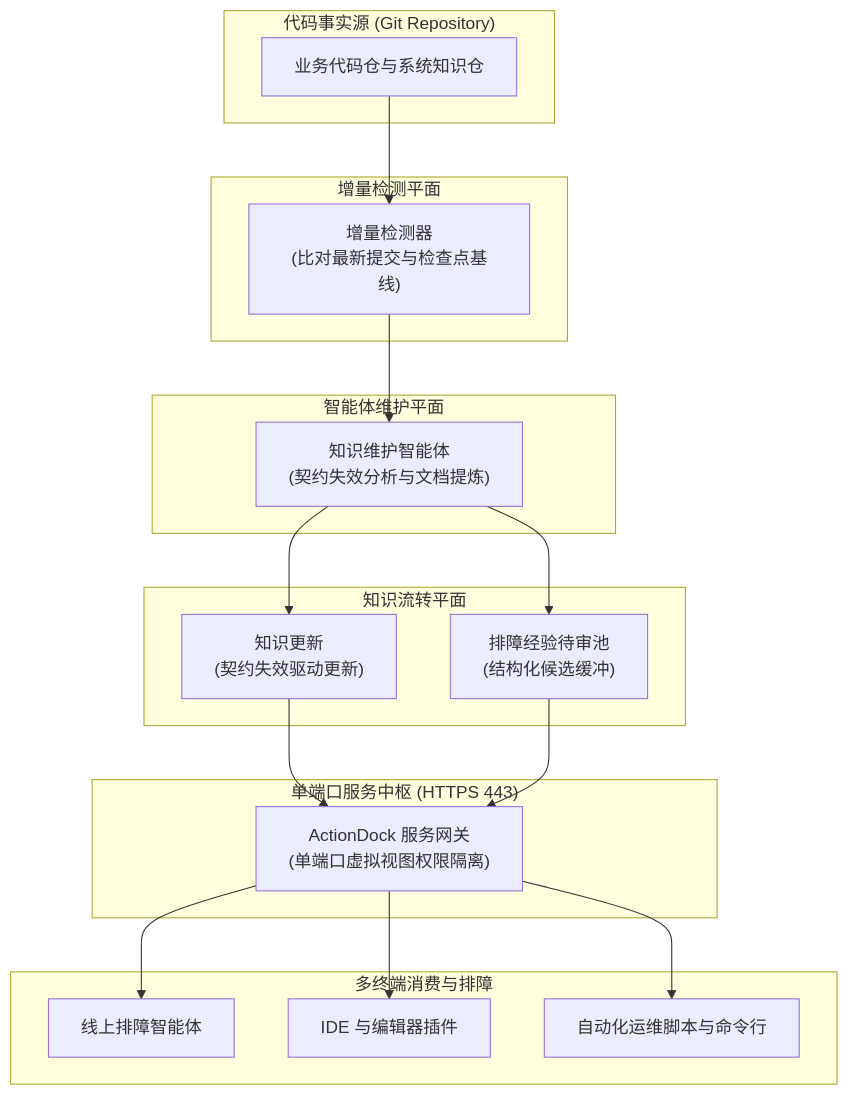
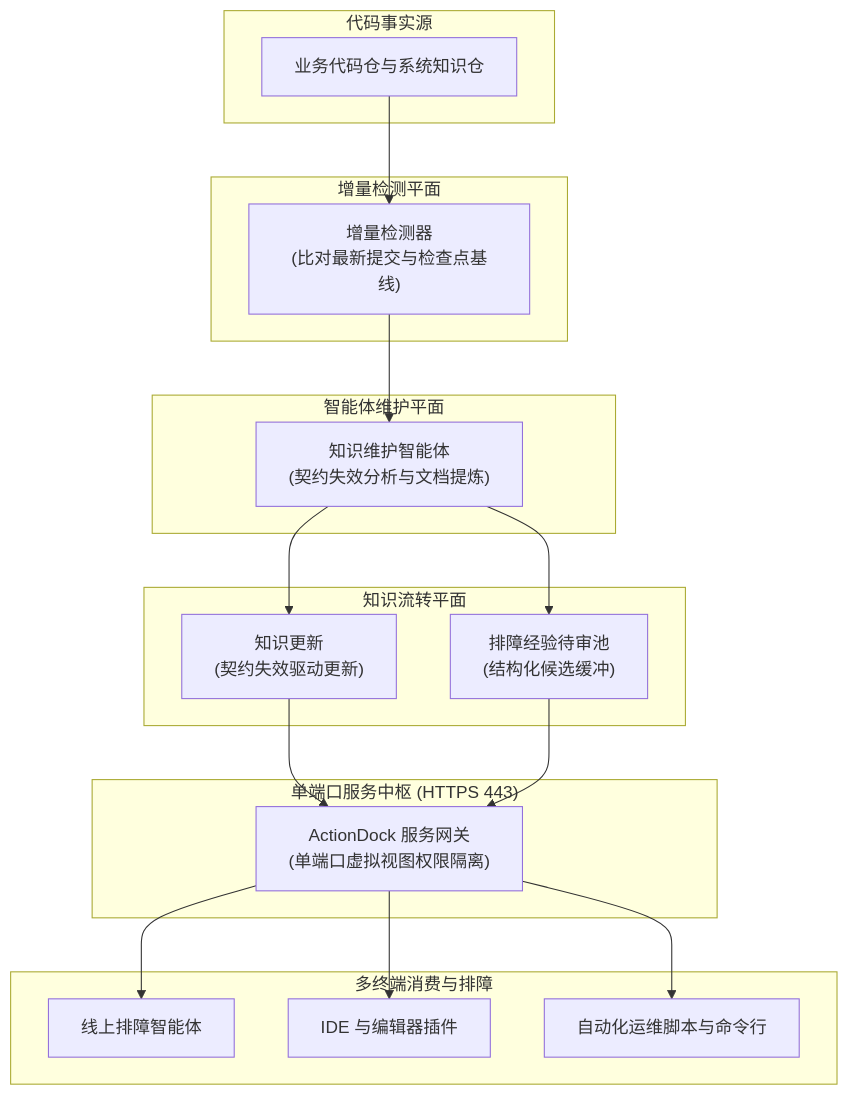
Before and after one commit to fjay/knowledge-dock: the second of 3 diagrams in docs/architecture.md, drawn with Mermaid. The commit also changed other lines of this file and 3 other files, not shown here.

````diff
--- a/docs/architecture.md
+++ b/docs/architecture.md
@@ -89,39 +86,39 @@
 ```mermaid
 flowchart TD
-    subgraph GitSource ["代码事实源 (Git Repository)"]
+    subgraph GitSource ["代码事实源"]
         Repo["业务代码仓与系统知识仓"]
     end
 
     subgraph DetectionPlane ["增量检测平面"]
         Detector["增量检测器<br/>(比对最新提交与检查点基线)"]
     end
 
     subgraph AgentPlane ["智能体维护平面"]
         Agent["知识维护智能体<br/>(契约失效分析与文档提炼)"]
     end
 
     subgraph KnowledgeHub ["知识流转平面"]
         Update["知识更新<br/>(契约失效驱动更新)"]
         Inbox["排障经验待审池<br/>(结构化候选缓冲)"]
     end
 
     subgraph ServiceEndpoint ["单端口服务中枢 (HTTPS 443)"]
         Service["ActionDock 服务网关<br/>(单端口虚拟视图权限隔离)"]
     end
 
     subgraph ConsumerPlane ["多终端消费与排障"]
         AgentConsumer["线上排障智能体"]
         IDEConsumer["IDE 与编辑器插件"]
         CLIConsumer["自动化运维脚本与命令行"]
     end
 
     Repo --> Detector
     Detector --> Agent
     Agent --> Update
     Agent --> Inbox
     Update --> Service
     Inbox --> Service
     Service --> AgentConsumer
     Service --> IDEConsumer
     Service --> CLIConsumer
 ```
````
